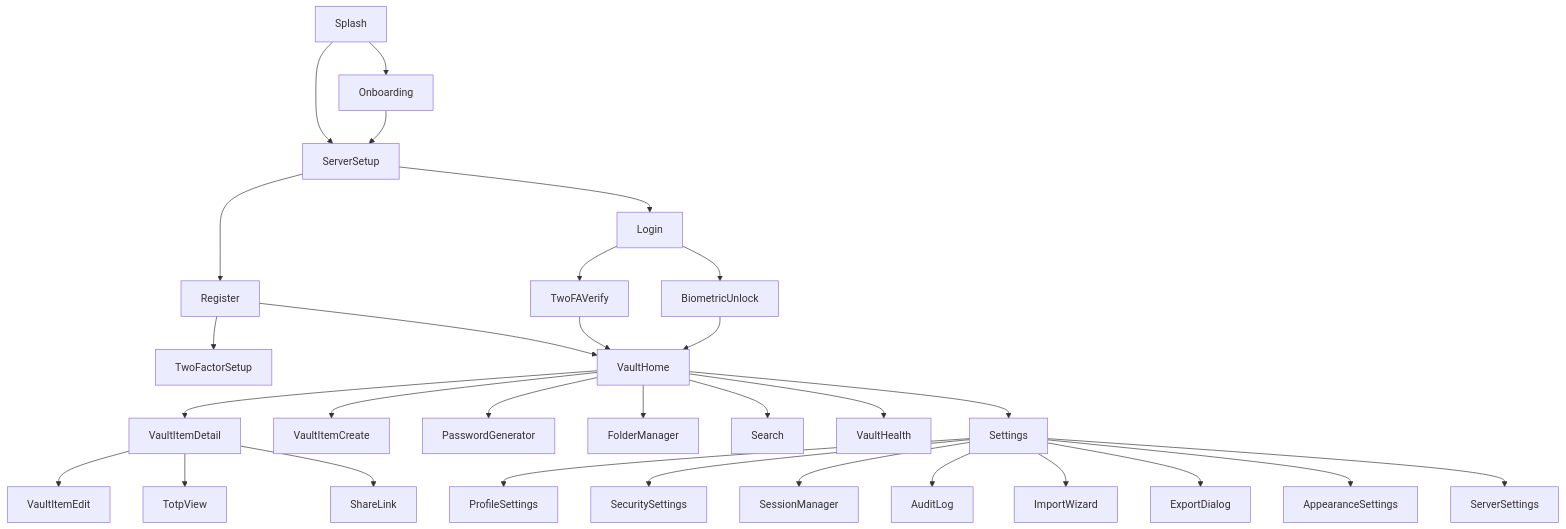
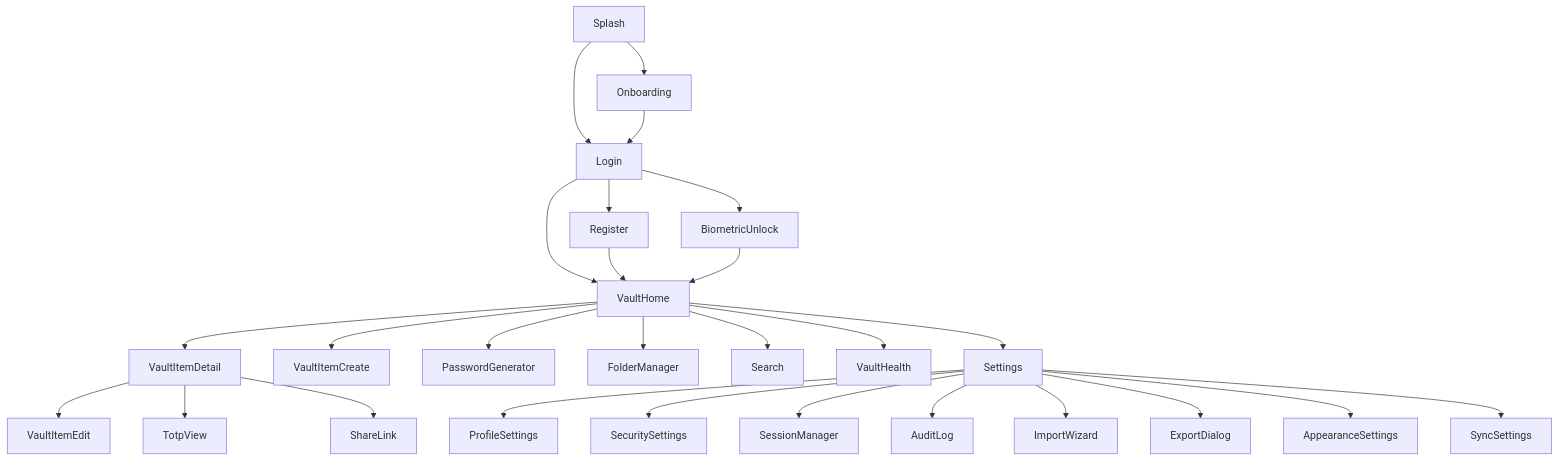
Before and after one commit to abhay-byte/truvalt: the diagram in docs/UI_UX_DOCUMENTATION.md, drawn with Mermaid. The commit also changed other lines of this file and 2 other files, not shown here.

First line of the commit message:
docs: Update diagrams, UI docs, and API test results for Firebase-direct

````diff
--- a/docs/UI_UX_DOCUMENTATION.md
+++ b/docs/UI_UX_DOCUMENTATION.md
@@ -7,32 +7,29 @@
 ```mermaid
 flowchart TD
     Splash --> Onboarding
-    Splash --> ServerSetup
-    Onboarding --> ServerSetup
-    ServerSetup --> Register
-    ServerSetup --> Login
-    Register --> TwoFactorSetup
+    Splash --> Login
+    Onboarding --> Login
+    Login --> Register
+    Login --> VaultHome
     Register --> VaultHome
-    Login --> TwoFAVerify
-    TwoFAVerify --> VaultHome
     Login --> BiometricUnlock
     BiometricUnlock --> VaultHome
     VaultHome --> VaultItemDetail
     VaultHome --> VaultItemCreate
     VaultHome --> PasswordGenerator
     VaultHome --> FolderManager
     VaultHome --> Search
     VaultHome --> VaultHealth
     VaultHome --> Settings
     VaultItemDetail --> VaultItemEdit
     VaultItemDetail --> TotpView
     VaultItemDetail --> ShareLink
     Settings --> ProfileSettings
     Settings --> SecuritySettings
     Settings --> SessionManager
     Settings --> AuditLog
     Settings --> ImportWizard
     Settings --> ExportDialog
     Settings --> AppearanceSettings
-    Settings --> ServerSettings
+    Settings --> SyncSettings
 ```
````
